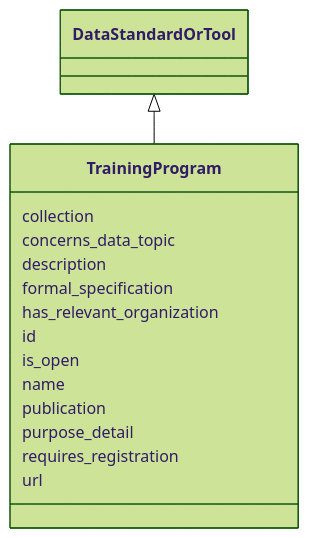
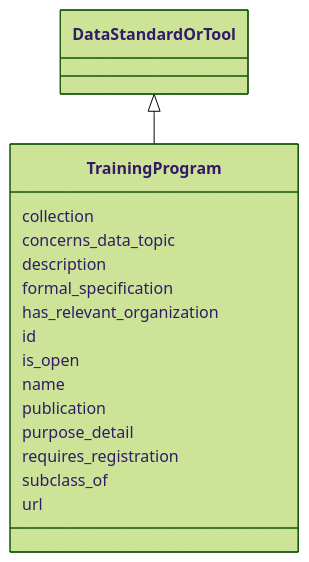
The diagram in docs/TrainingProgram.md (bridge2ai/standards-schemas), drawn with Mermaid (forest theme) before and after one commit. The commit also changed other lines of this file and 57 other files, not shown here.

````diff
--- a/docs/TrainingProgram.md
+++ b/docs/TrainingProgram.md
@@ -10,19 +11,20 @@
 ```mermaid
  classDiagram
     class TrainingProgram
       DataStandardOrTool <|-- TrainingProgram
       
       TrainingProgram : collection
       TrainingProgram : concerns_data_topic
       TrainingProgram : description
       TrainingProgram : formal_specification
       TrainingProgram : has_relevant_organization
       TrainingProgram : id
       TrainingProgram : is_open
       TrainingProgram : name
       TrainingProgram : publication
       TrainingProgram : purpose_detail
       TrainingProgram : requires_registration
+      TrainingProgram : subclass_of
       TrainingProgram : url
       
 ```
````
